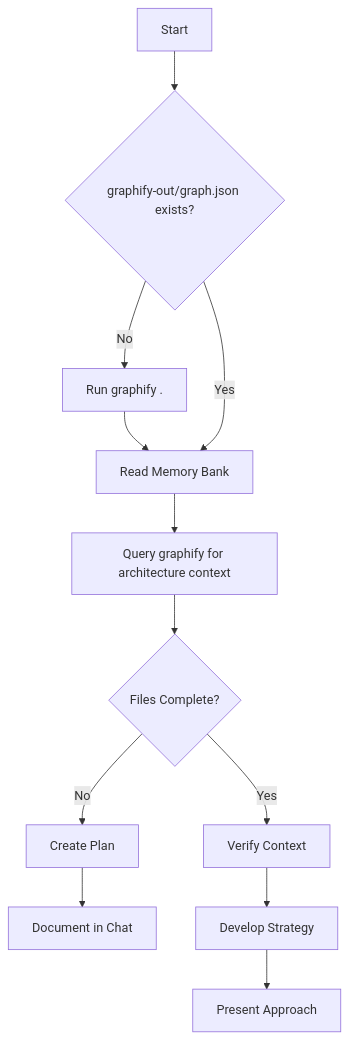
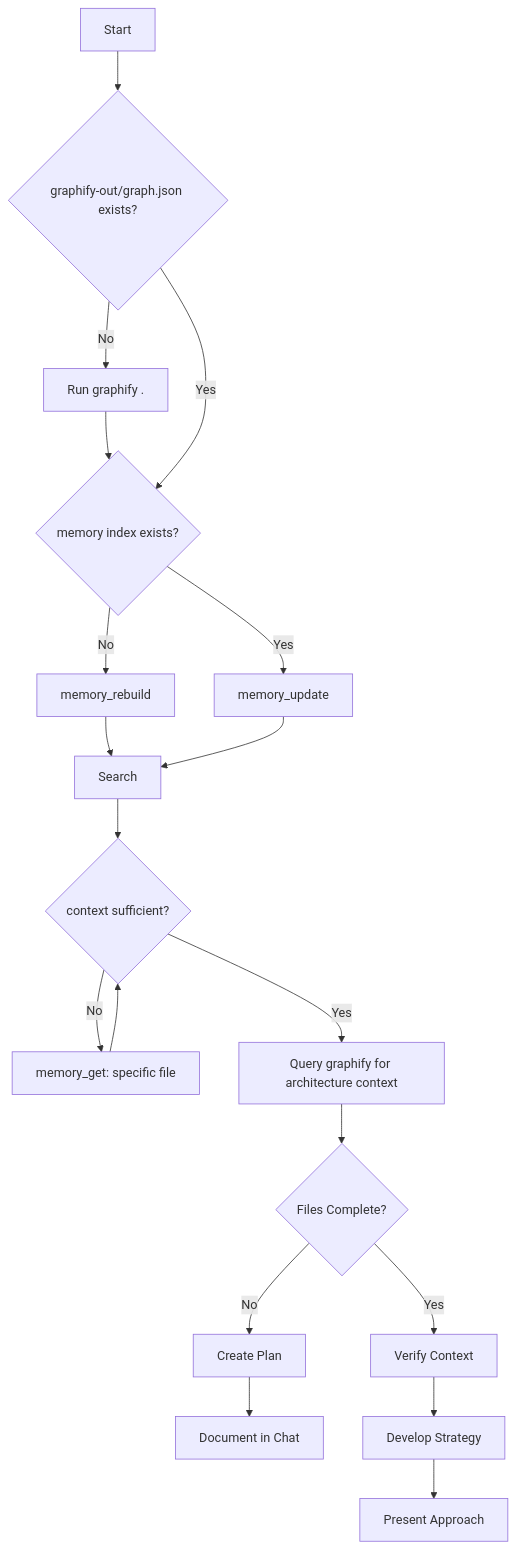
One commit to abarcenas29/ai-workflow-template changed the second of 6 diagrams in .agents/instructions/memory-bank.instructions.md. Above: the diagram before and after it, drawn with Mermaid. The commit also changed other lines of this file and 28 other files, not shown here.

Commit message:
Add vector based memory bank

````diff
--- a/.agents/instructions/memory-bank.instructions.md
+++ b/.agents/instructions/memory-bank.instructions.md
@@ -101,16 +137,27 @@
 ```mermaid
 flowchart TD
     Start[Start] --> CheckGraph{graphify-out/graph.json exists?}
     CheckGraph -->|No| Bootstrap[Run graphify .]
-    Bootstrap --> ReadFiles[Read Memory Bank]
-    CheckGraph -->|Yes| ReadFiles
-    ReadFiles --> QueryGraph[Query graphify for architecture context]
+    Bootstrap --> CheckIndex{memory index exists?}
+    CheckGraph -->|Yes| CheckIndex
+
+    CheckIndex -->|No| Rebuild[memory_rebuild]
+    CheckIndex -->|Yes| UpdateIndex[memory_update]
+    
+    Rebuild --> Search
+    UpdateIndex --> Search
+    Search --> GetContext{context sufficient?}
+    
+    GetContext -->|No| GetFile[memory_get: specific file]
+    GetFile --> GetContext
+    
+    GetContext -->|Yes| QueryGraph[Query graphify for architecture context]
     QueryGraph --> CheckFiles{Files Complete?}
 
     CheckFiles -->|No| Plan[Create Plan]
     Plan --> Document[Document in Chat]
 
     CheckFiles -->|Yes| Verify[Verify Context]
     Verify --> Strategy[Develop Strategy]
     Strategy --> Present[Present Approach]
 ```
````
